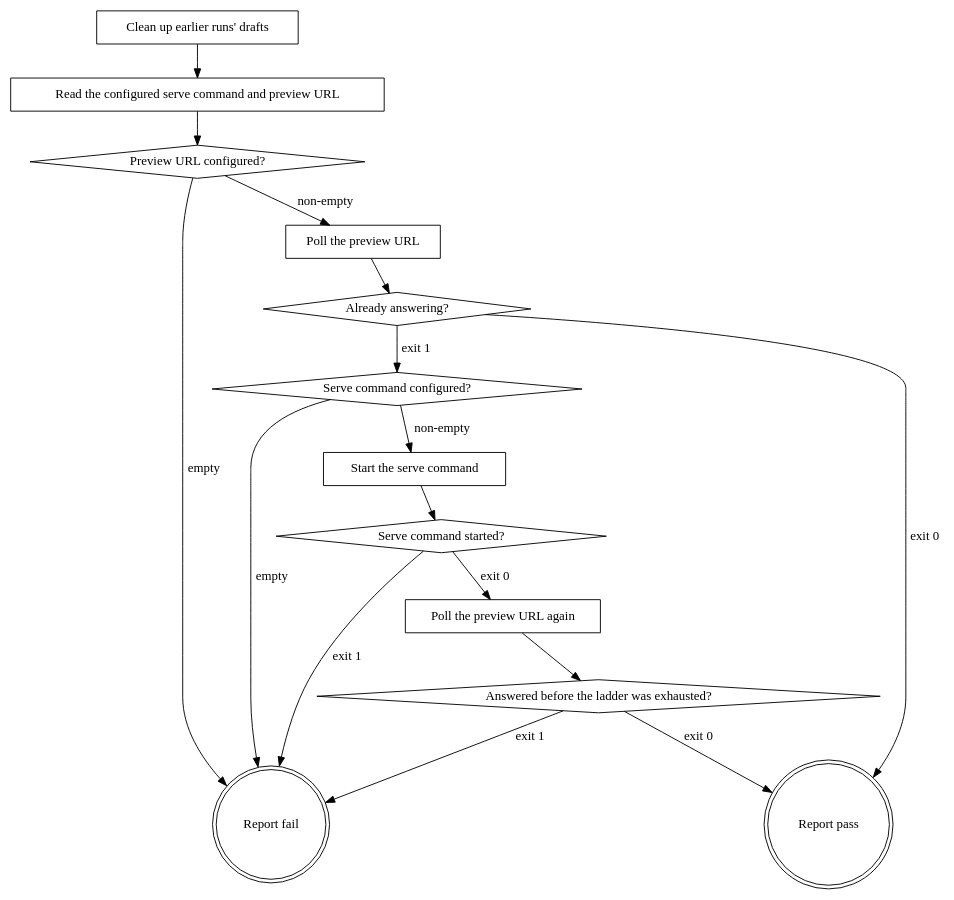
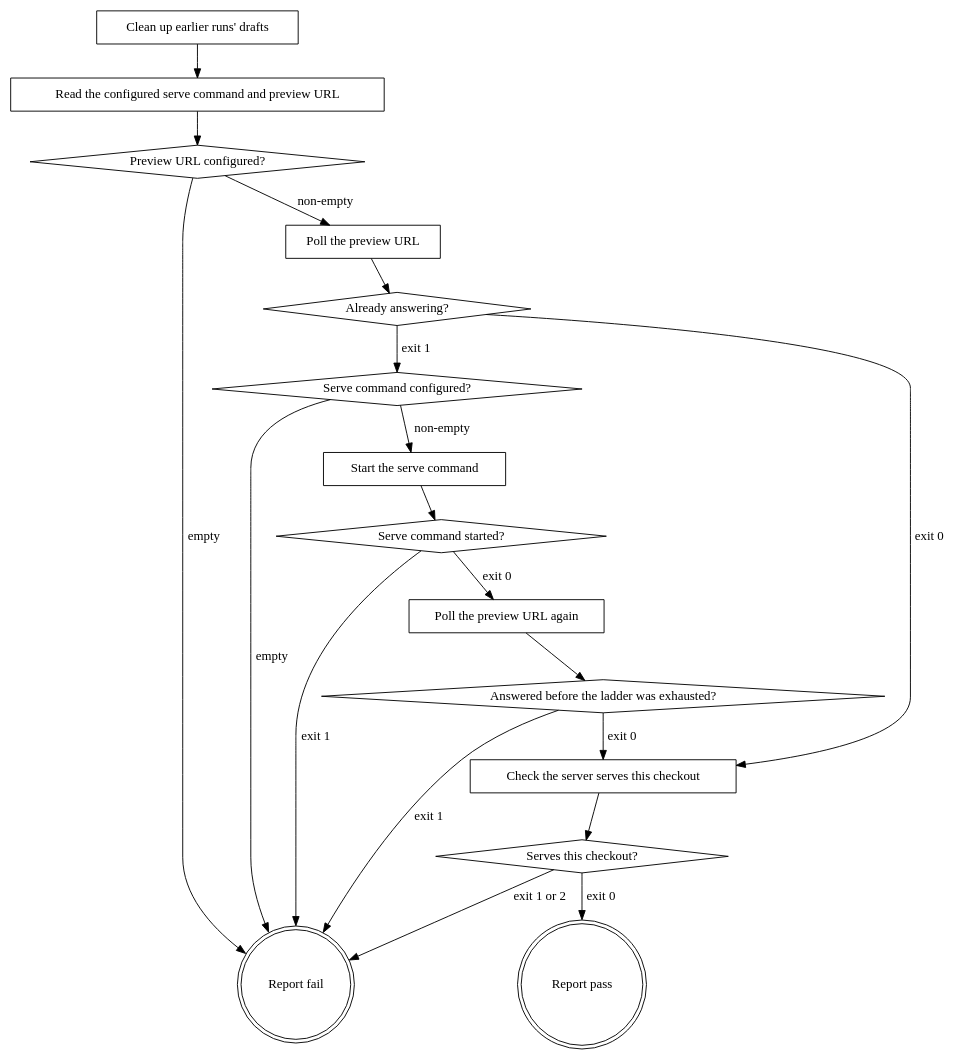
Before and after one commit to agenticDraft/plugins: the diagram in plugins/agentic-eds/skills/eds-serve/SKILL.md, drawn with Graphviz. The commit also changed other lines of this file and 5 other files, not shown here.

First line of the commit message:
agentic-eds eds-serve: check the answering server serves this checkout (agentic-eds 0.2.6)

````diff
--- a/plugins/agentic-eds/skills/eds-serve/SKILL.md
+++ b/plugins/agentic-eds/skills/eds-serve/SKILL.md
@@ -70,32 +80,37 @@
 ```dot
 digraph eds_serve {
     "Clean up earlier runs' drafts" [shape=box];
     "Read the configured serve command and preview URL" [shape=box];
     "Preview URL configured?" [shape=diamond];
     "Poll the preview URL" [shape=box];
     "Already answering?" [shape=diamond];
     "Serve command configured?" [shape=diamond];
     "Start the serve command" [shape=box];
     "Serve command started?" [shape=diamond];
     "Poll the preview URL again" [shape=box];
     "Answered before the ladder was exhausted?" [shape=diamond];
+    "Check the server serves this checkout" [shape=box];
+    "Serves this checkout?" [shape=diamond];
     "Report fail" [shape=doublecircle];
     "Report pass" [shape=doublecircle];
 
     "Clean up earlier runs' drafts" -> "Read the configured serve command and preview URL";
     "Read the configured serve command and preview URL" -> "Preview URL configured?";
     "Preview URL configured?" -> "Poll the preview URL" [label="non-empty"];
     "Preview URL configured?" -> "Report fail" [label="empty"];
     "Poll the preview URL" -> "Already answering?";
-    "Already answering?" -> "Report pass" [label="exit 0"];
+    "Already answering?" -> "Check the server serves this checkout" [label="exit 0"];
     "Already answering?" -> "Serve command configured?" [label="exit 1"];
     "Serve command configured?" -> "Start the serve command" [label="non-empty"];
     "Serve command configured?" -> "Report fail" [label="empty"];
     "Start the serve command" -> "Serve command started?";
     "Serve command started?" -> "Poll the preview URL again" [label="exit 0"];
     "Serve command started?" -> "Report fail" [label="exit 1"];
     "Poll the preview URL again" -> "Answered before the ladder was exhausted?";
-    "Answered before the ladder was exhausted?" -> "Report pass" [label="exit 0"];
+    "Answered before the ladder was exhausted?" -> "Check the server serves this checkout" [label="exit 0"];
     "Answered before the ladder was exhausted?" -> "Report fail" [label="exit 1"];
+    "Check the server serves this checkout" -> "Serves this checkout?";
+    "Serves this checkout?" -> "Report pass" [label="exit 0"];
+    "Serves this checkout?" -> "Report fail" [label="exit 1 or 2"];
 }
 ```
````
